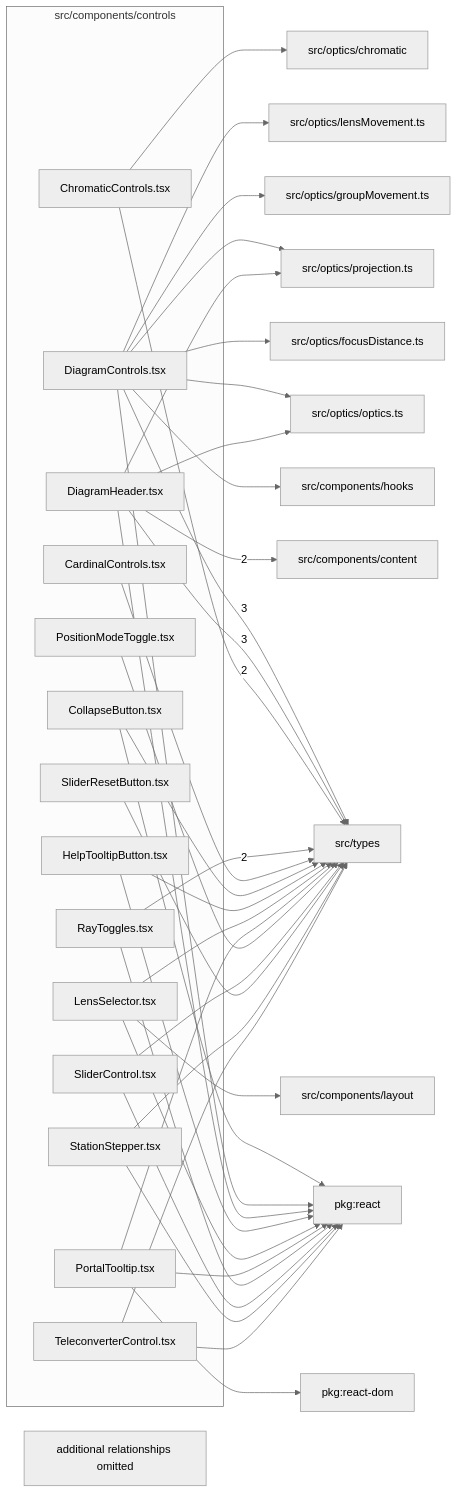
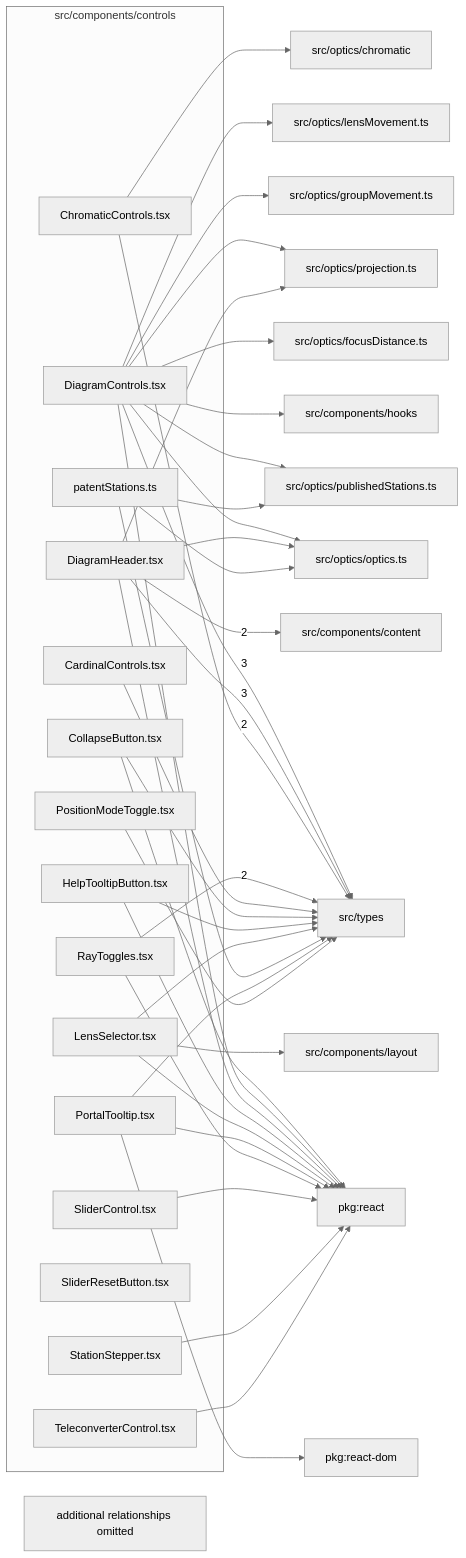
Before and after one commit to ronbuening/LensVisualizer: the diagram in src/components/controls/readme.md, drawn with Mermaid (neutral theme). The commit also changed other lines of this file and 5 other files, not shown here.

First line of the commit message:
Add patent-positions step mode to the diagram controls

````diff
--- a/src/components/controls/readme.md
+++ b/src/components/controls/readme.md
@@ -9,68 +9,70 @@
 ```mermaid
 flowchart LR
   subgraph n_src_components_controls["src/components/controls"]
     n_src_components_controls_src_components_controls_CardinalControls_tsx["CardinalControls.tsx"]
     n_src_components_controls_src_components_controls_ChromaticControls_tsx["ChromaticControls.tsx"]
     n_src_components_controls_src_components_controls_CollapseButton_tsx["CollapseButton.tsx"]
     n_src_components_controls_src_components_controls_DiagramControls_tsx["DiagramControls.tsx"]
     n_src_components_controls_src_components_controls_DiagramHeader_tsx["DiagramHeader.tsx"]
     n_src_components_controls_src_components_controls_HelpTooltipButton_tsx["HelpTooltipButton.tsx"]
     n_src_components_controls_src_components_controls_LensSelector_tsx["LensSelector.tsx"]
+    n_src_components_controls_src_components_controls_patentStations_ts["patentStations.ts"]
     n_src_components_controls_src_components_controls_PortalTooltip_tsx["PortalTooltip.tsx"]
     n_src_components_controls_src_components_controls_PositionModeToggle_tsx["PositionModeToggle.tsx"]
     n_src_components_controls_src_components_controls_RayToggles_tsx["RayToggles.tsx"]
     n_src_components_controls_src_components_controls_SliderControl_tsx["SliderControl.tsx"]
     n_src_components_controls_src_components_controls_SliderResetButton_tsx["SliderResetButton.tsx"]
     n_src_components_controls_src_components_controls_StationStepper_tsx["StationStepper.tsx"]
     n_src_components_controls_src_components_controls_TeleconverterControl_tsx["TeleconverterControl.tsx"]
   end
   n_external_src_types["src/types"]
   n_external_src_components_content["src/components/content"]
   n_external_pkg_react["pkg:react"]
   n_external_pkg_react_dom["pkg:react-dom"]
   n_external_src_components_hooks["src/components/hooks"]
   n_external_src_components_layout["src/components/layout"]
   n_external_src_optics_chromatic["src/optics/chromatic"]
   n_external_src_optics_focusDistance_ts["src/optics/focusDistance.ts"]
   n_external_src_optics_groupMovement_ts["src/optics/groupMovement.ts"]
   n_external_src_optics_lensMovement_ts["src/optics/lensMovement.ts"]
   n_external_src_optics_optics_ts["src/optics/optics.ts"]
   n_external_src_optics_projection_ts["src/optics/projection.ts"]
+  n_external_src_optics_publishedStations_ts["src/optics/publishedStations.ts"]
   n_src_components_controls_src_components_controls_DiagramControls_tsx --> |3| n_external_src_types
   n_src_components_controls_src_components_controls_DiagramHeader_tsx --> |3| n_external_src_types
   n_src_components_controls_src_components_controls_DiagramHeader_tsx --> |2| n_external_src_components_content
   n_src_components_controls_src_components_controls_ChromaticControls_tsx --> |2| n_external_src_types
   n_src_components_controls_src_components_controls_RayToggles_tsx --> |2| n_external_src_types
   n_src_components_controls_src_components_controls_CollapseButton_tsx --> n_external_pkg_react
   n_src_components_controls_src_components_controls_DiagramControls_tsx --> n_external_pkg_react
   n_src_components_controls_src_components_controls_DiagramHeader_tsx --> n_external_pkg_react
   n_src_components_controls_src_components_controls_HelpTooltipButton_tsx --> n_external_pkg_react
   n_src_components_controls_src_components_controls_LensSelector_tsx --> n_external_pkg_react
   n_src_components_controls_src_components_controls_PortalTooltip_tsx --> n_external_pkg_react
   n_src_components_controls_src_components_controls_RayToggles_tsx --> n_external_pkg_react
   n_src_components_controls_src_components_controls_SliderControl_tsx --> n_external_pkg_react
   n_src_components_controls_src_components_controls_StationStepper_tsx --> n_external_pkg_react
   n_src_components_controls_src_components_controls_TeleconverterControl_tsx --> n_external_pkg_react
   n_src_components_controls_src_components_controls_PortalTooltip_tsx --> n_external_pkg_react_dom
   n_src_components_controls_src_components_controls_DiagramControls_tsx --> n_external_src_components_hooks
   n_src_components_controls_src_components_controls_LensSelector_tsx --> n_external_src_components_layout
   n_src_components_controls_src_components_controls_ChromaticControls_tsx --> n_external_src_optics_chromatic
   n_src_components_controls_src_components_controls_DiagramControls_tsx --> n_external_src_optics_focusDistance_ts
   n_src_components_controls_src_components_controls_DiagramControls_tsx --> n_external_src_optics_groupMovement_ts
   n_src_components_controls_src_components_controls_DiagramControls_tsx --> n_external_src_optics_lensMovement_ts
   n_src_components_controls_src_components_controls_DiagramControls_tsx --> n_external_src_optics_optics_ts
   n_src_components_controls_src_components_controls_DiagramHeader_tsx --> n_external_src_optics_optics_ts
+  n_src_components_controls_src_components_controls_patentStations_ts --> n_external_src_optics_optics_ts
   n_src_components_controls_src_components_controls_DiagramControls_tsx --> n_external_src_optics_projection_ts
   n_src_components_controls_src_components_controls_DiagramHeader_tsx --> n_external_src_optics_projection_ts
+  n_src_components_controls_src_components_controls_DiagramControls_tsx --> n_external_src_optics_publishedStations_ts
+  n_src_components_controls_src_components_controls_patentStations_ts --> n_external_src_optics_publishedStations_ts
   n_src_components_controls_src_components_controls_CardinalControls_tsx --> n_external_src_types
   n_src_components_controls_src_components_controls_CollapseButton_tsx --> n_external_src_types
   n_src_components_controls_src_components_controls_HelpTooltipButton_tsx --> n_external_src_types
   n_src_components_controls_src_components_controls_LensSelector_tsx --> n_external_src_types
+  n_src_components_controls_src_components_controls_patentStations_ts --> n_external_src_types
   n_src_components_controls_src_components_controls_PortalTooltip_tsx --> n_external_src_types
   n_src_components_controls_src_components_controls_PositionModeToggle_tsx --> n_external_src_types
-  n_src_components_controls_src_components_controls_SliderControl_tsx --> n_external_src_types
-  n_src_components_controls_src_components_controls_SliderResetButton_tsx --> n_external_src_types
-  n_src_components_controls_src_components_controls_StationStepper_tsx --> n_external_src_types
-  n_src_components_controls_src_components_controls_TeleconverterControl_tsx --> n_external_src_types
   n_src_components_controls_truncated["additional relationships omitted"]
 ```
````
